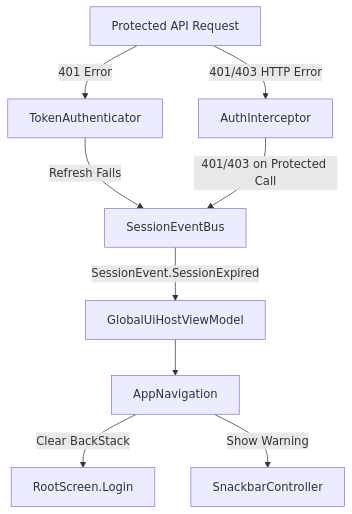
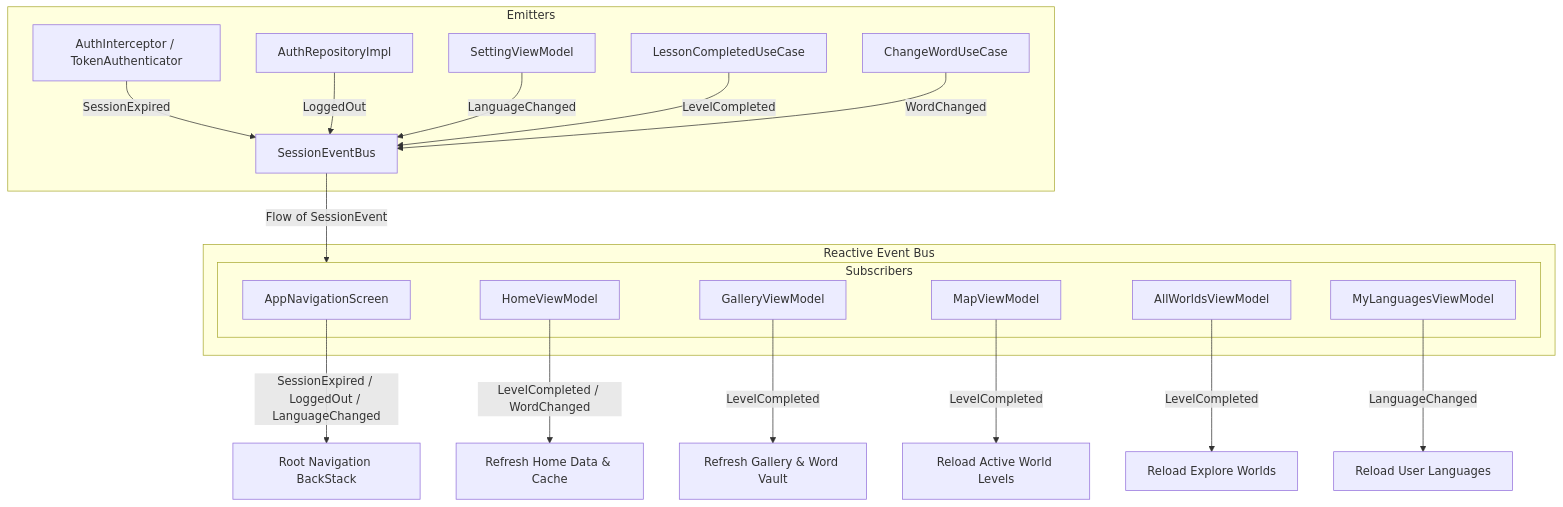
One commit to LinguaQuest-AI-Powered/LinguaQuest-Android-App changed the diagram in docs/features/session-management.md. Above: the diagram before and after it, drawn with Mermaid. The commit also changed other lines of this file and 4 other files, not shown here.

Commit message:
refactor: refresh gallery and map on completing a level

````diff
--- a/docs/features/session-management.md
+++ b/docs/features/session-management.md
@@ -10,11 +10,30 @@
 ```mermaid
 graph TD
-    API[Protected API Request] -->|401/403 HTTP Error| AuthInterceptor[AuthInterceptor]
-    API -->|401 Error| TokenAuthenticator[TokenAuthenticator]
-    TokenAuthenticator -->|Refresh Fails| SessionEventBus[SessionEventBus]
-    AuthInterceptor -->|401/403 on Protected Call| SessionEventBus
-    SessionEventBus -->|SessionEvent.SessionExpired| GlobalUiHostViewModel[GlobalUiHostViewModel]
-    GlobalUiHostViewModel --> AppNavigation[AppNavigation]
-    AppNavigation -->|Clear BackStack| LoginScreen[RootScreen.Login]
-    AppNavigation -->|Show Warning| AppSnackbarHost[SnackbarController]
+    subgraph Emitters
+        AuthNet[AuthInterceptor / TokenAuthenticator] -->|SessionExpired| Bus[SessionEventBus]
+        AuthRepo[AuthRepositoryImpl] -->|LoggedOut| Bus
+        SettingsVM[SettingViewModel] -->|LanguageChanged| Bus
+        LessonUC[LessonCompletedUseCase] -->|LevelCompleted| Bus
+        WordUC[ChangeWordUseCase] -->|WordChanged| Bus
+    end
+
+    subgraph Reactive Event Bus
+        Bus -->|Flow of SessionEvent| Subscribers
+    end
+
+    subgraph Subscribers
+        AppNav[AppNavigationScreen]
+        HomeVM[HomeViewModel]
+        GalleryVM[GalleryViewModel]
+        MapVM[MapViewModel]
+        AllWorldsVM[AllWorldsViewModel]
+        MyLanguagesVM[MyLanguagesViewModel]
+    end
+
+    AppNav -->|SessionExpired / LoggedOut / LanguageChanged| RootNav[Root Navigation BackStack]
+    HomeVM -->|LevelCompleted / WordChanged| RefreshHome[Refresh Home Data & Cache]
+    GalleryVM -->|LevelCompleted| RefreshGallery[Refresh Gallery & Word Vault]
+    MapVM -->|LevelCompleted| ReloadMap[Reload Active World Levels]
+    AllWorldsVM -->|LevelCompleted| ReloadWorlds[Reload Explore Worlds]
+    MyLanguagesVM -->|LanguageChanged| ReloadLanguages[Reload User Languages]
 ```
````
